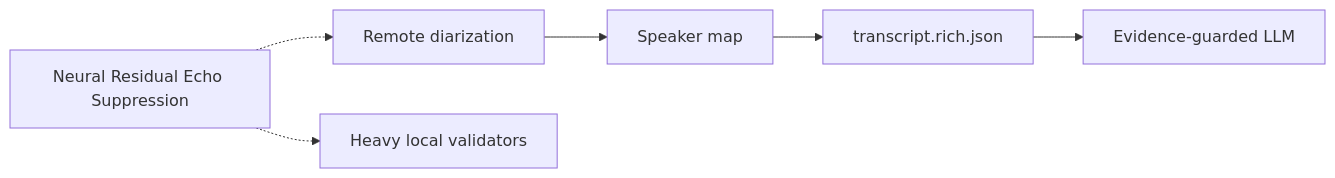
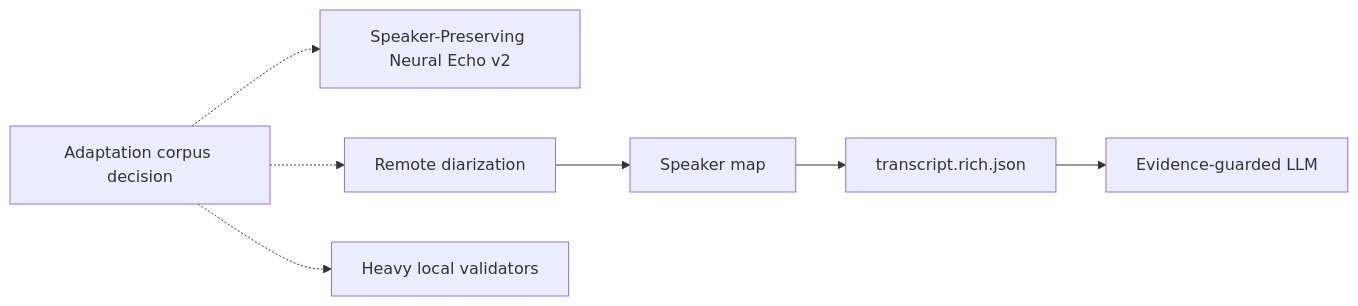
One commit to asukhodko/murmurmark changed the third of 4 diagrams in docs/roadmap/murmurmark-cli-roadmap.md. Above: the diagram before and after it, drawn with Mermaid. The commit also changed other lines of this file and 17 other files, not shown here.

Commit message:
feat: evaluate neural residual echo suppression

````diff
--- a/docs/roadmap/murmurmark-cli-roadmap.md
+++ b/docs/roadmap/murmurmark-cli-roadmap.md
@@ -149,12 +168,14 @@
 ```mermaid
 flowchart LR
-    Q["Neural Residual Echo Suppression"]
+    Q["Adaptation corpus decision"]
+    E["Speaker-Preserving Neural Echo v2"]
     D["Remote diarization"]
     S["Speaker map"]
     T["transcript.rich.json"]
     V["Heavy local validators"]
     L["Evidence-guarded LLM"]
 
+    Q -.-> E
     Q -.-> D --> S --> T --> L
     Q -.-> V
 ```
````
